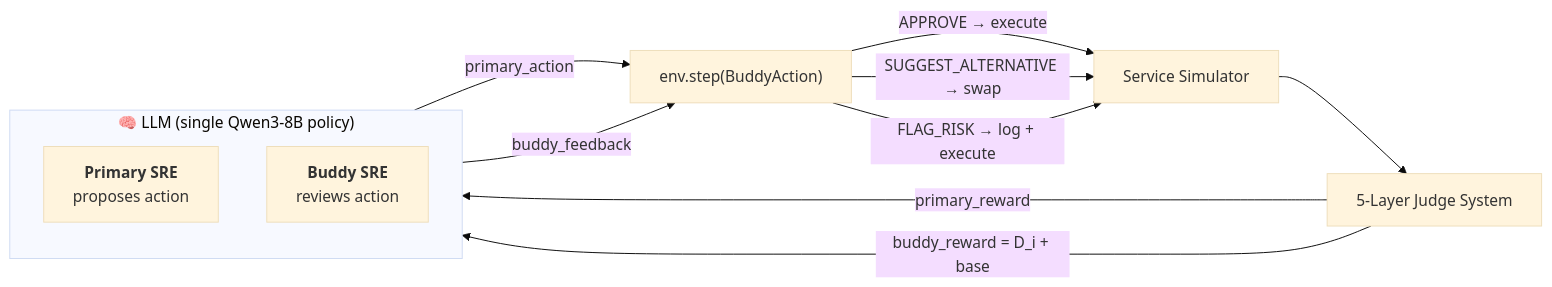
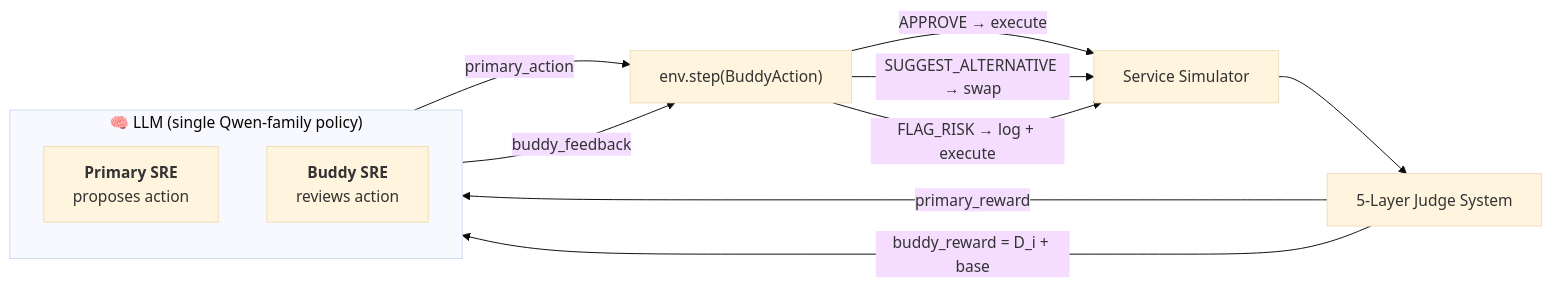
One commit to Vk2245/CrisisOps-Multi-Agent-SRE-Training-via-OpenEnv changed the first of 2 diagrams in README.md. Above: the diagram before and after it, drawn with Mermaid (base theme). The commit also changed other lines of this file and 2 other files, not shown here.

First line of the commit message:
fix: pin stable vLLM and refresh live README status

````diff
--- a/README.md
+++ b/README.md
@@ -115,17 +115,17 @@
 ```mermaid
 flowchart LR
-    subgraph LLM["🧠 LLM (single Qwen3-8B policy)"]
+    subgraph LLM["🧠 LLM (single Qwen-family policy)"]
         direction TB
         P["<b>Primary SRE</b><br/>proposes action"]
         B["<b>Buddy SRE</b><br/>reviews action"]
     end
 
     P -->|primary_action| Step["env.step(BuddyAction)"]
     B -->|buddy_feedback| Step
     Step -->|APPROVE → execute| Sim["Service Simulator"]
     Step -->|SUGGEST_ALTERNATIVE → swap| Sim
     Step -->|FLAG_RISK → log + execute| Sim
     Sim --> Judge["5-Layer Judge System"]
     Judge -->|primary_reward| P
     Judge -->|buddy_reward = D_i + base| B
 ```
````
